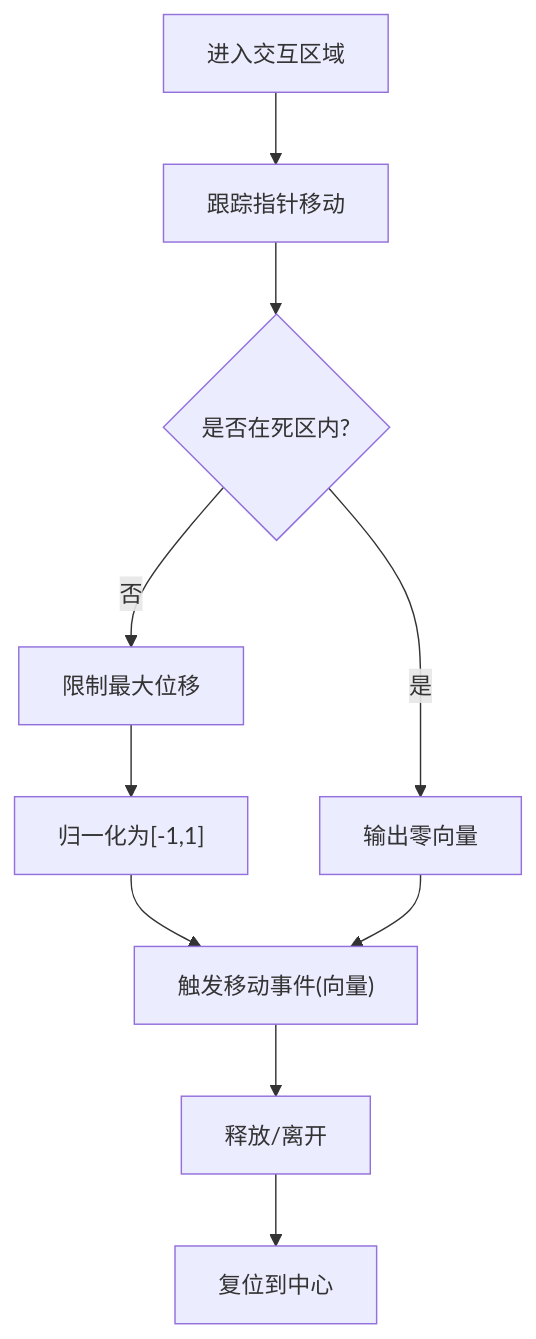
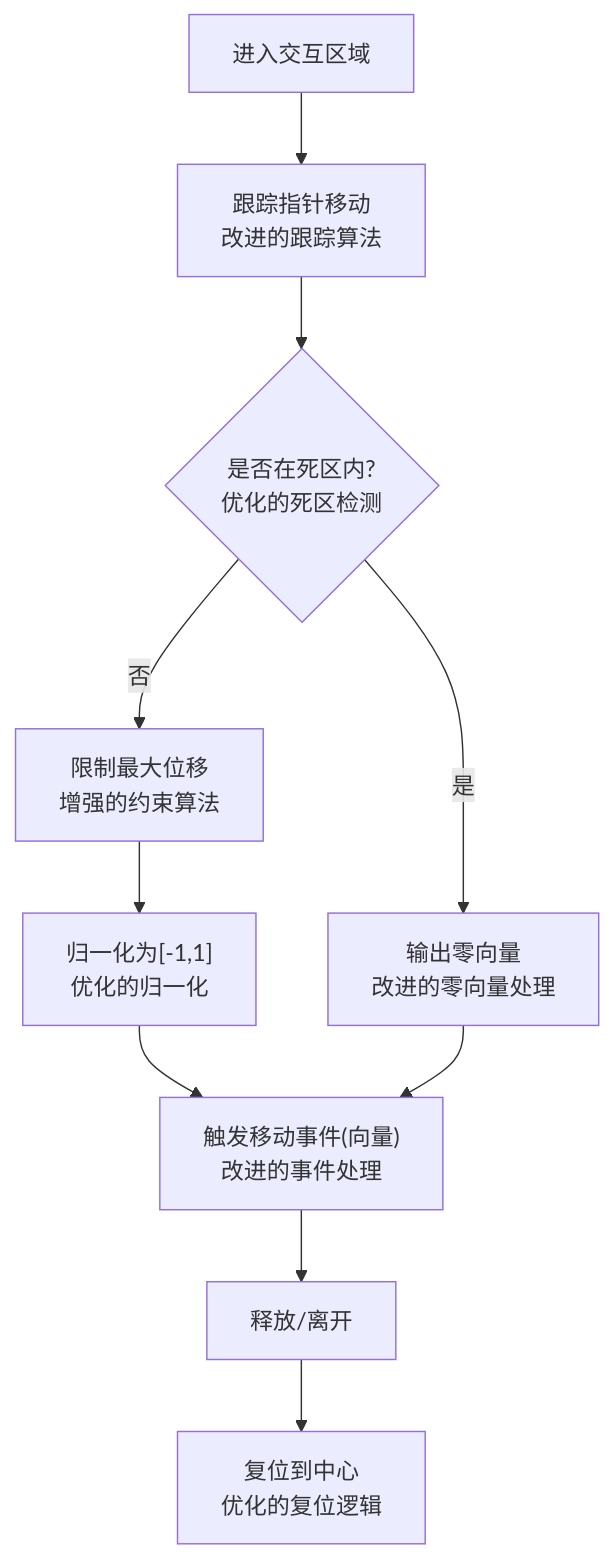
One commit to fuweiq94-cloud/3399180760 changed the sixth of 9 diagrams in .qoder/repowiki/zh/content/API参考文档/控件库API.md. Above: the diagram before and after it, drawn with Mermaid. The commit also changed other lines of this file and 22 other files, not shown here.

````diff
--- a/.qoder/repowiki/zh/content/API参考文档/控件库API.md
+++ b/.qoder/repowiki/zh/content/API参考文档/控件库API.md
@@ -323,12 +362,12 @@
 ```mermaid
 flowchart TD
-Enter["进入交互区域"] --> Move["跟踪指针移动"]
-Move --> DeadZone{"是否在死区内?"}
-DeadZone --> |是| Center["输出零向量"]
-DeadZone --> |否| Clamp["限制最大位移"]
-Clamp --> Normalize["归一化为[-1,1]"]
-Normalize --> Output["触发移动事件(向量)"]
+Enter["进入交互区域"] --> Move["跟踪指针移动<br/>改进的跟踪算法"]
+Move --> DeadZone{"是否在死区内?<br/>优化的死区检测"}
+DeadZone --> |是| Center["输出零向量<br/>改进的零向量处理"]
+DeadZone --> |否| Clamp["限制最大位移<br/>增强的约束算法"]
+Clamp --> Normalize["归一化为[-1,1]<br/>优化的归一化"]
+Normalize --> Output["触发移动事件(向量)<br/>改进的事件处理"]
 Center --> Output
 Output --> Release["释放/离开"]
-Release --> Reset["复位到中心"]
+Release --> Reset["复位到中心<br/>优化的复位逻辑"]
 ```
````
